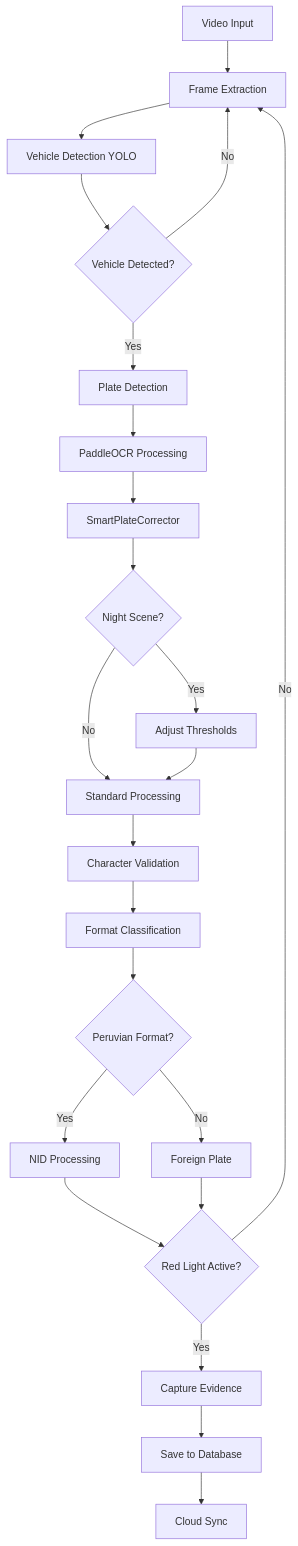
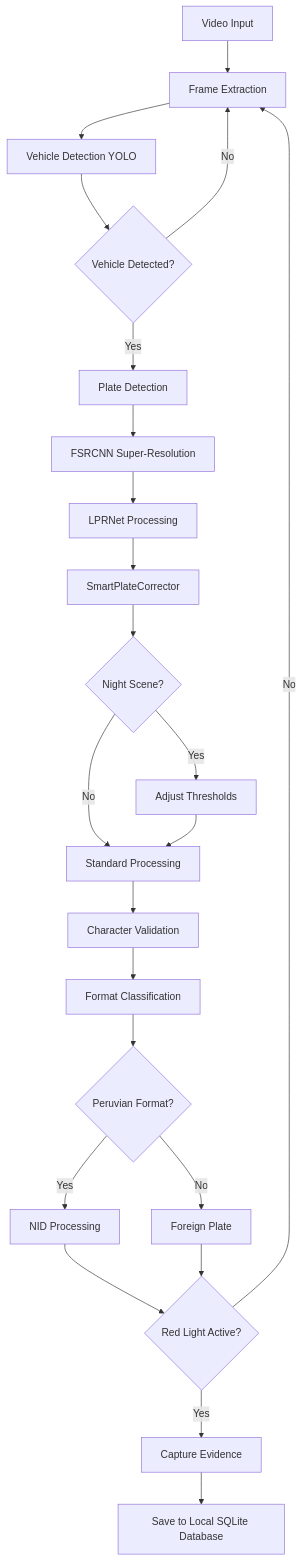
One commit to AbelMoyaICSI/InfractiVision changed the diagram in README.md. Above: the diagram before and after it, drawn with Mermaid. The commit also changed other lines of this file and 154 other files, not shown here.

First line of the commit message:
refactor: migración completa a LPRNet_Peru local y base de datos SQLite

````diff
--- a/README.md
+++ b/README.md
@@ -334,25 +309,25 @@
 ```mermaid
 graph TD
     A[Video Input] --> B[Frame Extraction]
     B --> C[Vehicle Detection YOLO]
     C --> D{Vehicle Detected?}
     D -->|Yes| E[Plate Detection]
     D -->|No| B
-    E --> F[PaddleOCR Processing]
-    F --> G[SmartPlateCorrector]
-    G --> H{Night Scene?}
-    H -->|Yes| I[Adjust Thresholds]
-    H -->|No| J[Standard Processing]
-    I --> J
-    J --> K[Character Validation]
-    K --> L[Format Classification]
-    L --> M{Peruvian Format?}
-    M -->|Yes| N[NID Processing]
-    M -->|No| O[Foreign Plate]
-    N --> P{Red Light Active?}
-    O --> P
-    P -->|Yes| Q[Capture Evidence]
-    P -->|No| B
-    Q --> R[Save to Database]
-    R --> S[Cloud Sync]
+    E --> F[FSRCNN Super-Resolution]
+    F --> G[LPRNet Processing]
+    G --> H[SmartPlateCorrector]
+    H --> I{Night Scene?}
+    I -->|Yes| J[Adjust Thresholds]
+    I -->|No| K[Standard Processing]
+    J --> K
+    K --> L[Character Validation]
+    L --> M[Format Classification]
+    M --> N{Peruvian Format?}
+    N -->|Yes| O[NID Processing]
+    N -->|No| P[Foreign Plate]
+    O --> Q{Red Light Active?}
+    P --> Q
+    Q -->|Yes| R[Capture Evidence]
+    Q -->|No| B
+    R --> S[Save to Local SQLite Database]
 ```
````
